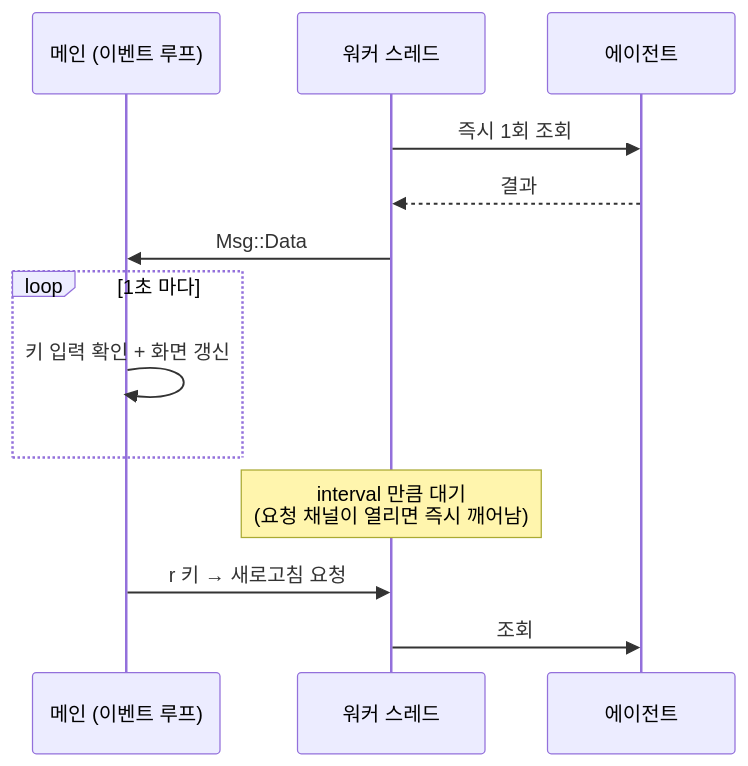
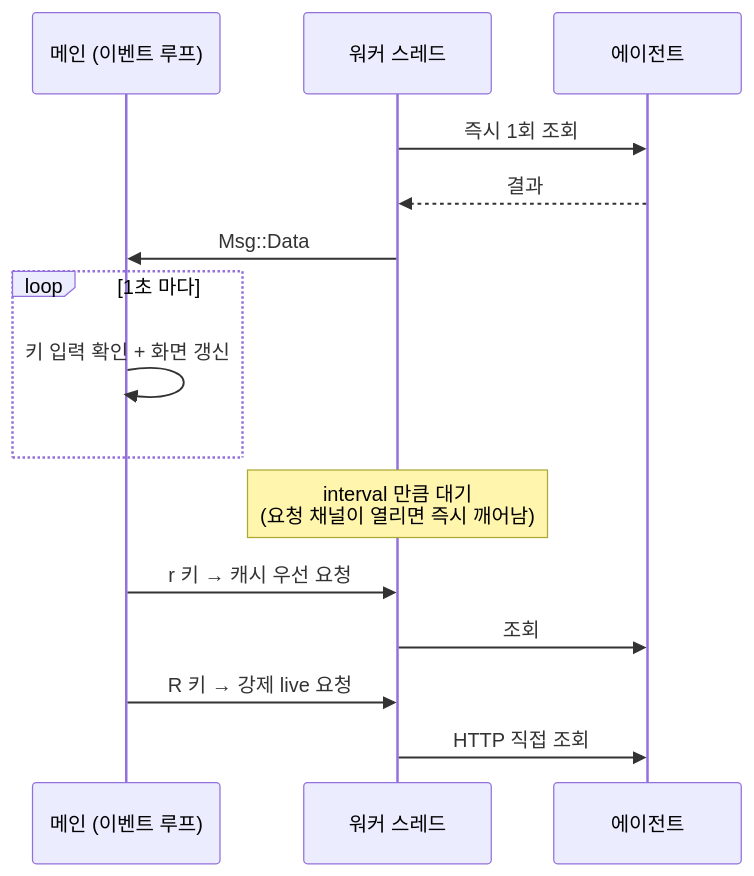
Before and after one commit to yoophi/agentmeter: the second of 2 diagrams in docs/architecture.md, drawn with Mermaid. The commit also changed other lines of this file and 12 other files, not shown here.

````diff
--- a/docs/architecture.md
+++ b/docs/architecture.md
@@ -130,15 +130,17 @@
 ```mermaid
 sequenceDiagram
     participant M as 메인 (이벤트 루프)
     participant W as 워커 스레드
     participant S as 에이전트
     W->>S: 즉시 1회 조회
     S-->>W: 결과
     W->>M: Msg::Data
     loop 1초 마다
         M->>M: 키 입력 확인 + 화면 갱신
     end
     Note over W: interval 만큼 대기<br/>(요청 채널이 열리면 즉시 깨어남)
-    M->>W: r 키 → 새로고침 요청
+    M->>W: r 키 → 캐시 우선 요청
     W->>S: 조회
+    M->>W: R 키 → 강제 live 요청
+    W->>S: HTTP 직접 조회
 ```
````
